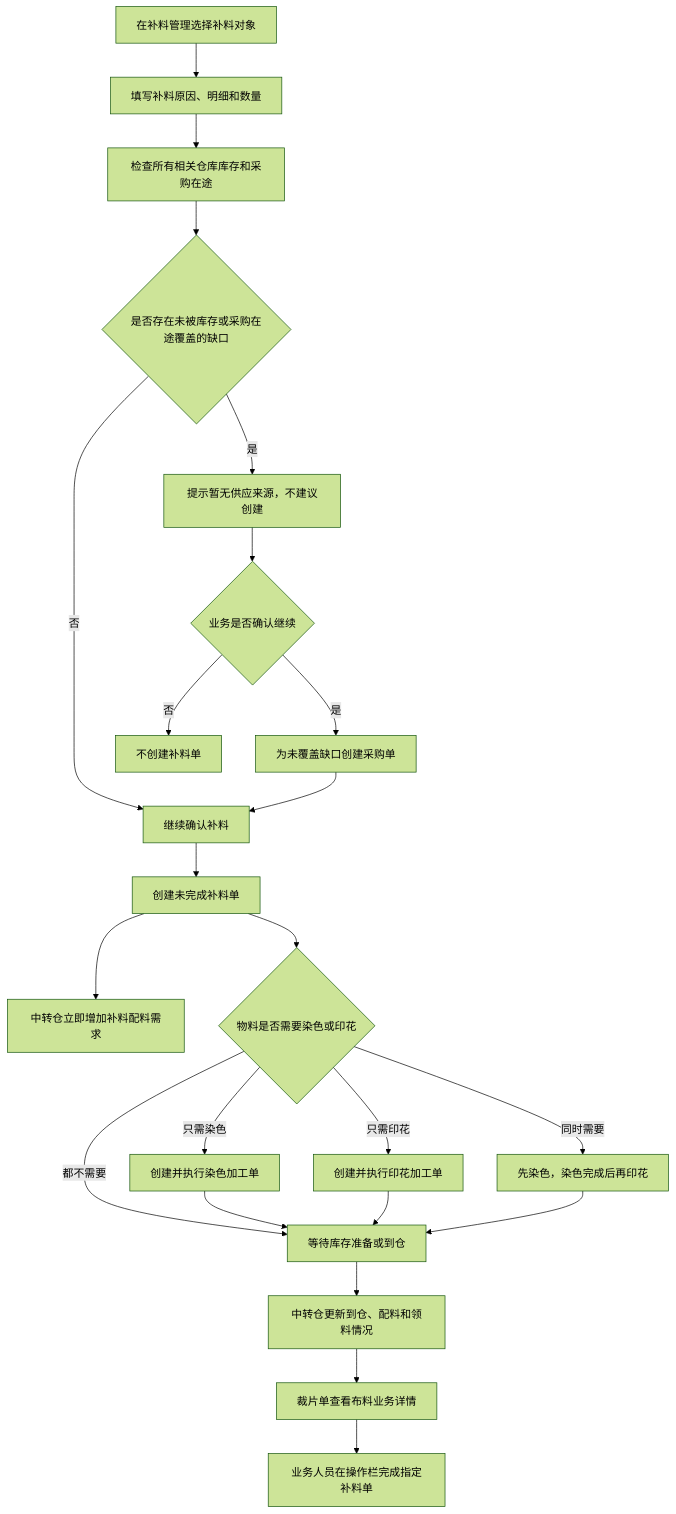
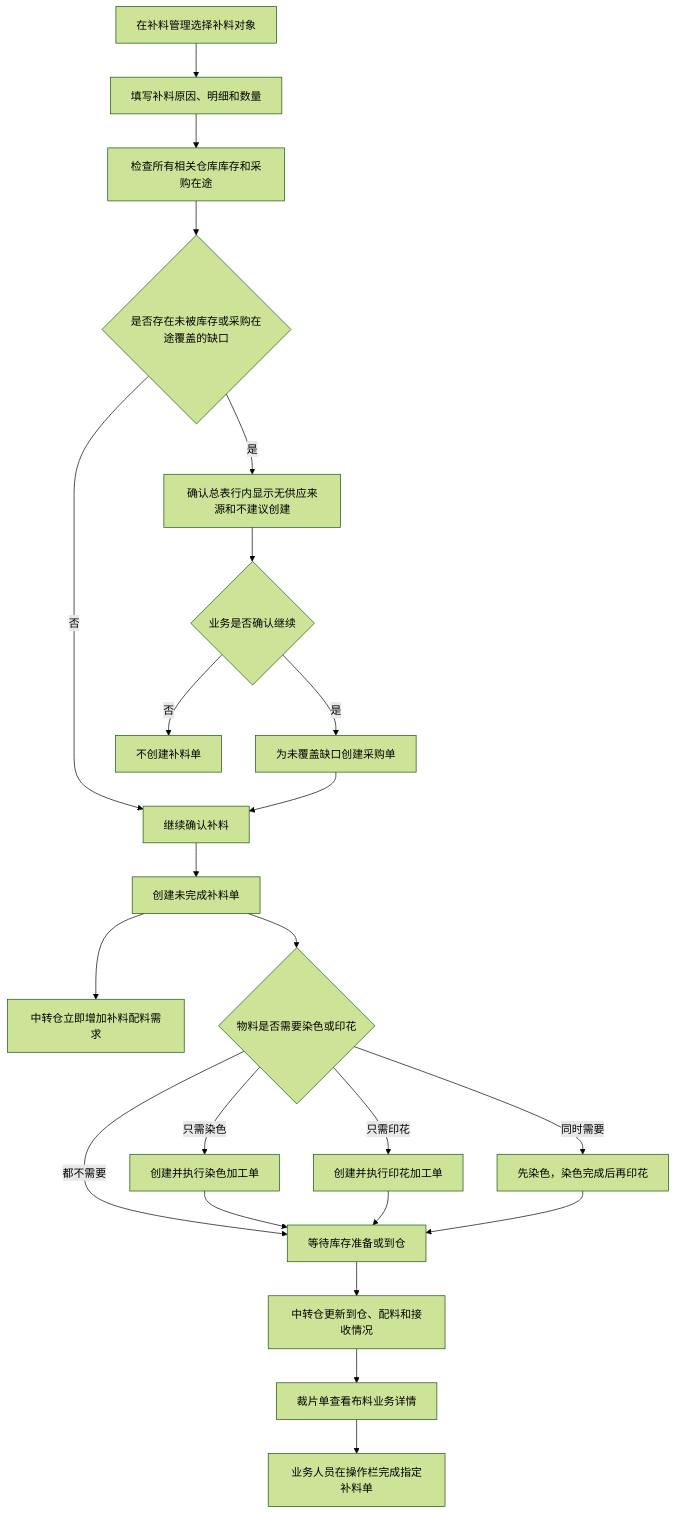
Before and after one commit to laoertongxue/higoods: the fifth of 6 diagrams in docs/product-design/补料业务调整方案.md, drawn with Mermaid (forest theme). The commit also changed other lines of this file and 312 other files, not shown here.

````diff
--- a/docs/product-design/补料业务调整方案.md
+++ b/docs/product-design/补料业务调整方案.md
@@ -773,25 +904,25 @@
 ```mermaid
 flowchart TD
   A["在补料管理选择补料对象"] --> B["填写补料原因、明细和数量"]
   B --> C["检查所有相关仓库库存和采购在途"]
   C --> D{"是否存在未被库存或采购在途覆盖的缺口"}
   D -->|"否"| E["继续确认补料"]
-  D -->|"是"| F["提示暂无供应来源，不建议创建"]
+  D -->|"是"| F["确认总表行内显示无供应来源和不建议创建"]
   F --> G{"业务是否确认继续"}
   G -->|"否"| H["不创建补料单"]
   G -->|"是"| I["为未覆盖缺口创建采购单"]
   I --> E
   E --> J["创建未完成补料单"]
   J --> K["中转仓立即增加补料配料需求"]
   J --> L{"物料是否需要染色或印花"}
   L -->|"都不需要"| M["等待库存准备或到仓"]
   L -->|"只需染色"| N["创建并执行染色加工单"]
   L -->|"只需印花"| O["创建并执行印花加工单"]
   L -->|"同时需要"| P["先染色，染色完成后再印花"]
   N --> M
   O --> M
   P --> M
-  M --> Q["中转仓更新到仓、配料和领料情况"]
+  M --> Q["中转仓更新到仓、配料和接收情况"]
   Q --> R["裁片单查看布料业务详情"]
   R --> S["业务人员在操作栏完成指定补料单"]
 ```
````
